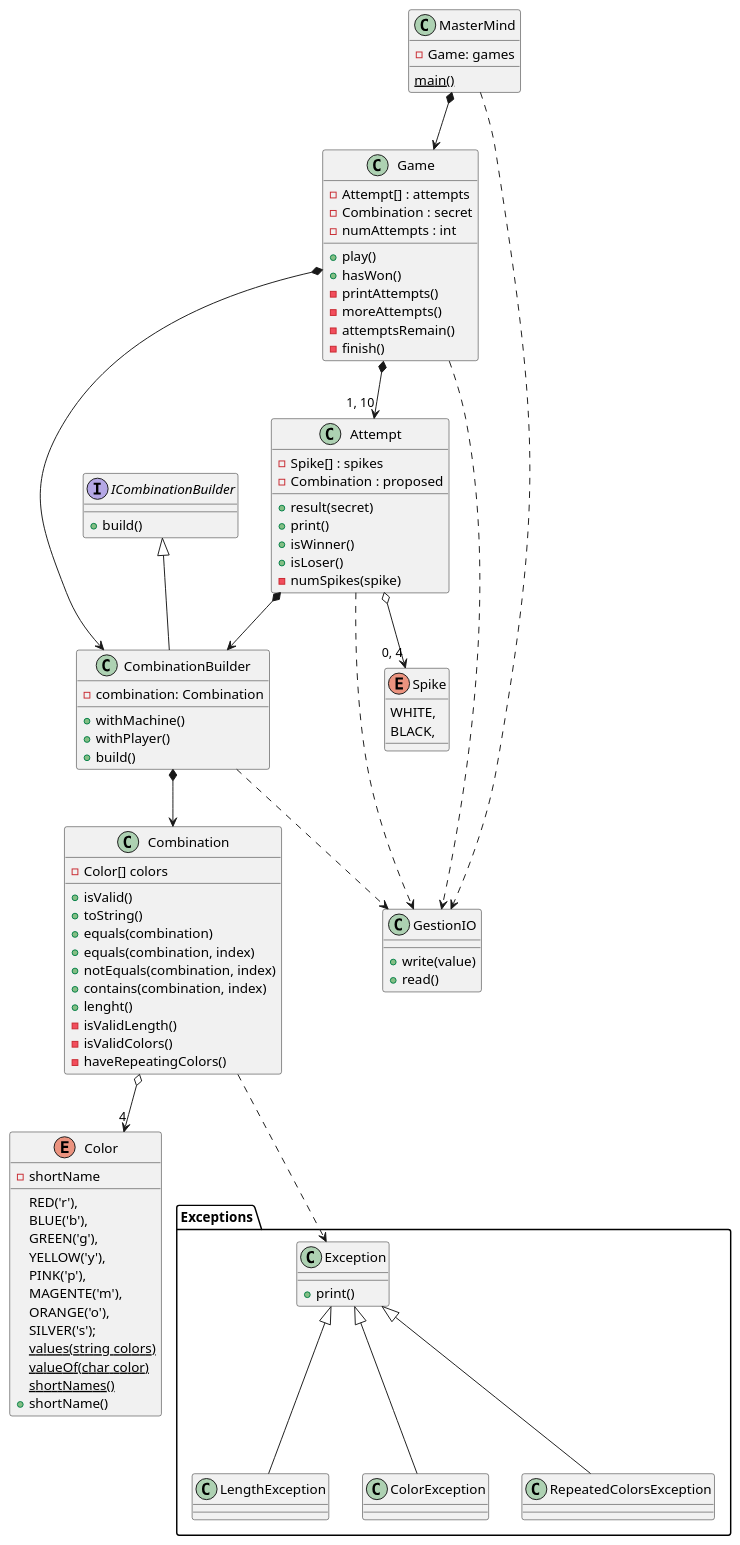
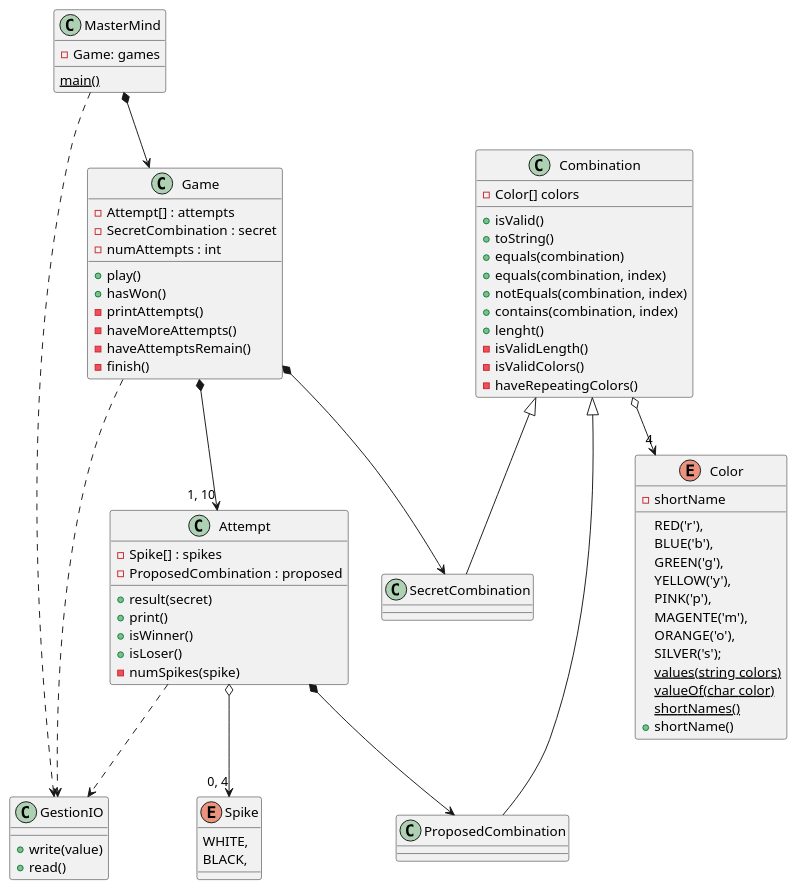
The diagram in classDiagram.wsd (Master-Desarrollo-20-21/ejercicio-2-vista-publica-clases-mastermind-ddominguezh), drawn with PlantUML before and after one commit.

```diff
--- a/classDiagram.wsd
+++ b/classDiagram.wsd
@@ -1,108 +1,88 @@
 @startuml
 
 class MasterMind{
     - Game: games
     {static} main()
 }
 
 class Game {
     - Attempt[] : attempts
-    - Combination : secret
+    - SecretCombination : secret
     - numAttempts : int
     + play()
     + hasWon()
     - printAttempts()
-    - moreAttempts()
-    - attemptsRemain()
+    - haveMoreAttempts()
+    - haveAttemptsRemain()
     - finish()
 }
 
 class Attempt {
     - Spike[] : spikes
-    - Combination : proposed
+    - ProposedCombination : proposed
     + result(secret)
     + print()
     + isWinner()
     + isLoser()
     - numSpikes(spike)
 }
 
-interface ICombinationBuilder {
-    + build()
-}
-
-class CombinationBuilder {
-    - combination: Combination
-    + withMachine()
-    + withPlayer()
-    + build()
-}
-    
 class Combination {
     - Color[] colors
     + isValid()
     + toString()
     + equals(combination)
     + equals(combination, index)
     + notEquals(combination, index)
     + contains(combination, index)
     + lenght()
     - isValidLength()
     - isValidColors()
     - haveRepeatingColors()
 }
 
+class SecretCombination {
+}
+
+class ProposedCombination {
+}
+
 class GestionIO{
     + write(value)
     + read()
-}
-
-package "Exceptions" #FFFFFF {
-    class Exception {
-        + print()
-    }
-    class LengthException {}
-    class ColorException {}
-    class RepeatedColorsException{}
 }
 
 enum Color{
     RED('r'),
     BLUE('b'),
     GREEN('g'),
     YELLOW('y'),
     PINK('p'),
     MAGENTE('m'),
     ORANGE('o'),
     SILVER('s');
     - shortName
     {static} values(string colors)
     {static} valueOf(char color)
     {static} shortNames()
     + shortName()
 }
 
 enum Spike {
     WHITE,
     BLACK,
 }
 
 MasterMind *--> Game
 MasterMind ..> GestionIO
-Game *--> CombinationBuilder
+Game *--> SecretCombination
 Game *--> "1, 10" Attempt
 Game ..> GestionIO
-Attempt *--> CombinationBuilder
+Attempt *--> ProposedCombination
 Attempt o--> "0, 4" Spike
 Attempt ..> GestionIO
-ICombinationBuilder <|-- CombinationBuilder
-CombinationBuilder *--> Combination
-CombinationBuilder ..> GestionIO
+Combination <|-- SecretCombination
+Combination <|-- ProposedCombination
 Combination o--> "4" Color
-Combination ..> Exception
-
-Exception <|-- LengthException
-Exception <|-- ColorException
-Exception <|-- RepeatedColorsException
 
 @enduml
```
